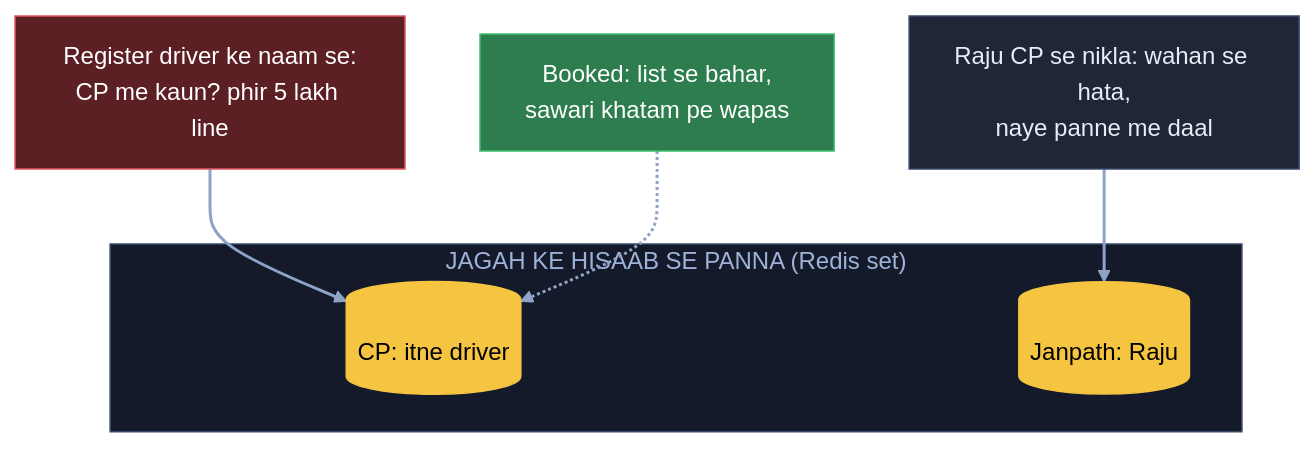
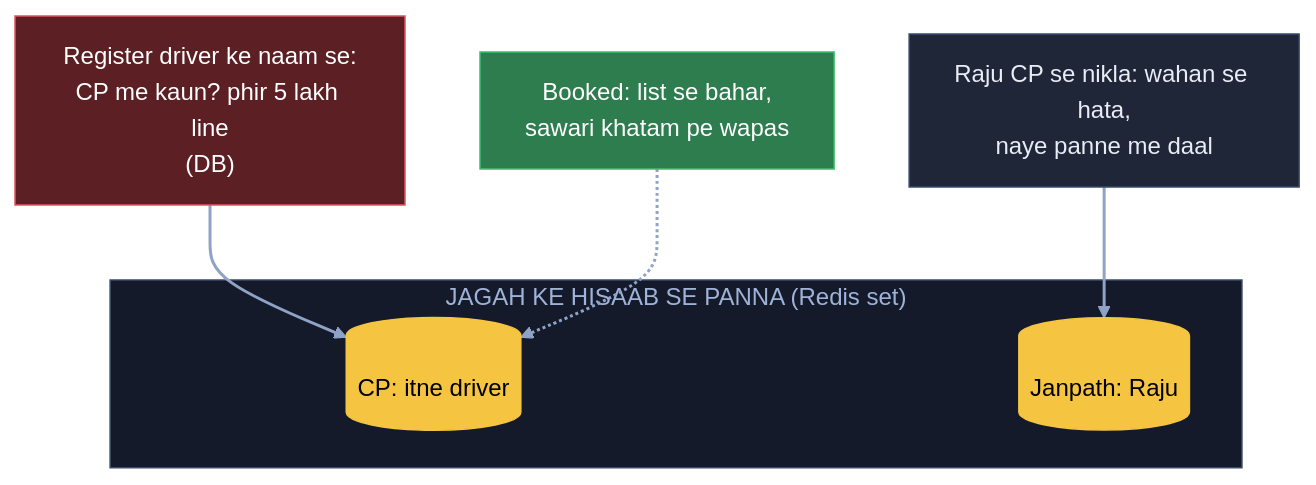
Before and after one commit to ArpanMaheshwari144/Prep: the seventh of 16 diagrams in 04_HLD/SYSTEM_DESIGNS/15_uber/15_uber.md, drawn with Mermaid (base theme). The commit also changed other lines of this file and 22 other files, not shown here.

Commit message:
Diagram: sirf kahani ke dohraaye shabd pe bracket, us jagah notes wala matlab (207 label)

````diff
--- a/04_HLD/SYSTEM_DESIGNS/15_uber/15_uber.md
+++ b/04_HLD/SYSTEM_DESIGNS/15_uber/15_uber.md
@@ -353,19 +353,19 @@
 ```mermaid
 flowchart TB
-    X["Register driver ke naam se:<br/>CP me kaun? phir 5 lakh line"]:::bad
+    X["Register driver ke naam se:<br/>CP me kaun? phir 5 lakh line<br/>(DB)"]:::bad
     subgraph JP["JAGAH KE HISAAB SE PANNA (Redis set)"]
         CP[("CP: itne driver")]:::pill
         JN[("Janpath: Raju")]:::pill
     end
     R["Raju CP se nikla: wahan se hata,<br/>naye panne me daal"]:::card
     B["Booked: list se bahar,<br/>sawari khatam pe wapas"]:::good
     X --> CP
     R --> JN
     B -.-> CP
     linkStyle default stroke:#8fa3c7,stroke-width:2px
     classDef card fill:#1e2638,stroke:#3a4a6b,color:#e8ecf5
     classDef pill fill:#f5c542,stroke:#f5c542,color:#000
     classDef good fill:#2e7d4f,stroke:#3fbf6f,color:#fff
     classDef bad fill:#5c1f24,stroke:#e05561,color:#fff
     style JP fill:#141a29,stroke:#3a4a6b,color:#9fb3d9
 ```
````
